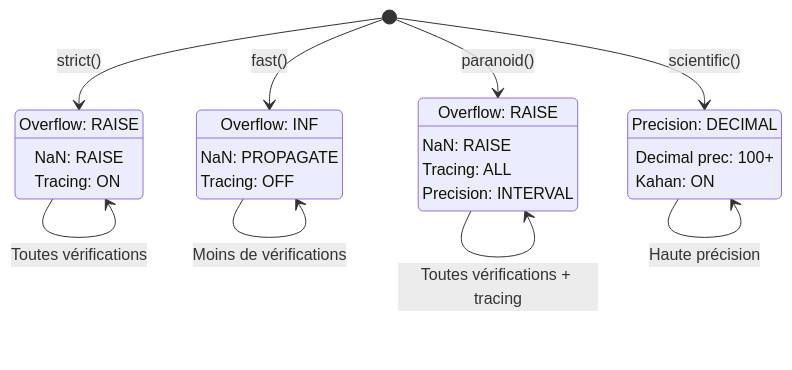
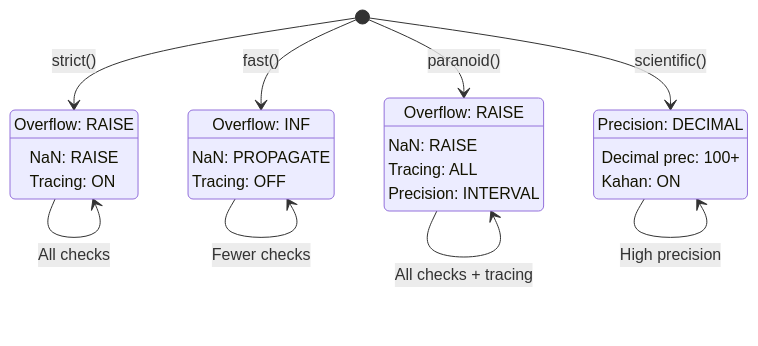
One commit to Zerhal/nuclear-add changed the seventh of 8 diagrams in docs/diagrams.md. Above: the diagram before and after it, drawn with Mermaid. The commit also changed other lines of this file and 10 other files, not shown here.

````diff
--- a/docs/diagrams.md
+++ b/docs/diagrams.md
@@ -279,29 +279,29 @@
 ```mermaid
 stateDiagram-v2
     [*] --> STRICT: strict()
     [*] --> FAST: fast()
     [*] --> PARANOID: paranoid()
     [*] --> SCIENTIFIC: scientific()
     
-    STRICT --> STRICT: Toutes vérifications
-    FAST --> FAST: Moins de vérifications
-    PARANOID --> PARANOID: Toutes vérifications + tracing
-    SCIENTIFIC --> SCIENTIFIC: Haute précision
+    STRICT --> STRICT: All checks
+    FAST --> FAST: Fewer checks
+    PARANOID --> PARANOID: All checks + tracing
+    SCIENTIFIC --> SCIENTIFIC: High precision
     
     STRICT: Overflow: RAISE
     STRICT: NaN: RAISE
     STRICT: Tracing: ON
     
     FAST: Overflow: INF
     FAST: NaN: PROPAGATE
     FAST: Tracing: OFF
     
     PARANOID: Overflow: RAISE
     PARANOID: NaN: RAISE
     PARANOID: Tracing: ALL
     PARANOID: Precision: INTERVAL
     
     SCIENTIFIC: Precision: DECIMAL
     SCIENTIFIC: Decimal prec: 100+
     SCIENTIFIC: Kahan: ON
 ```
````
